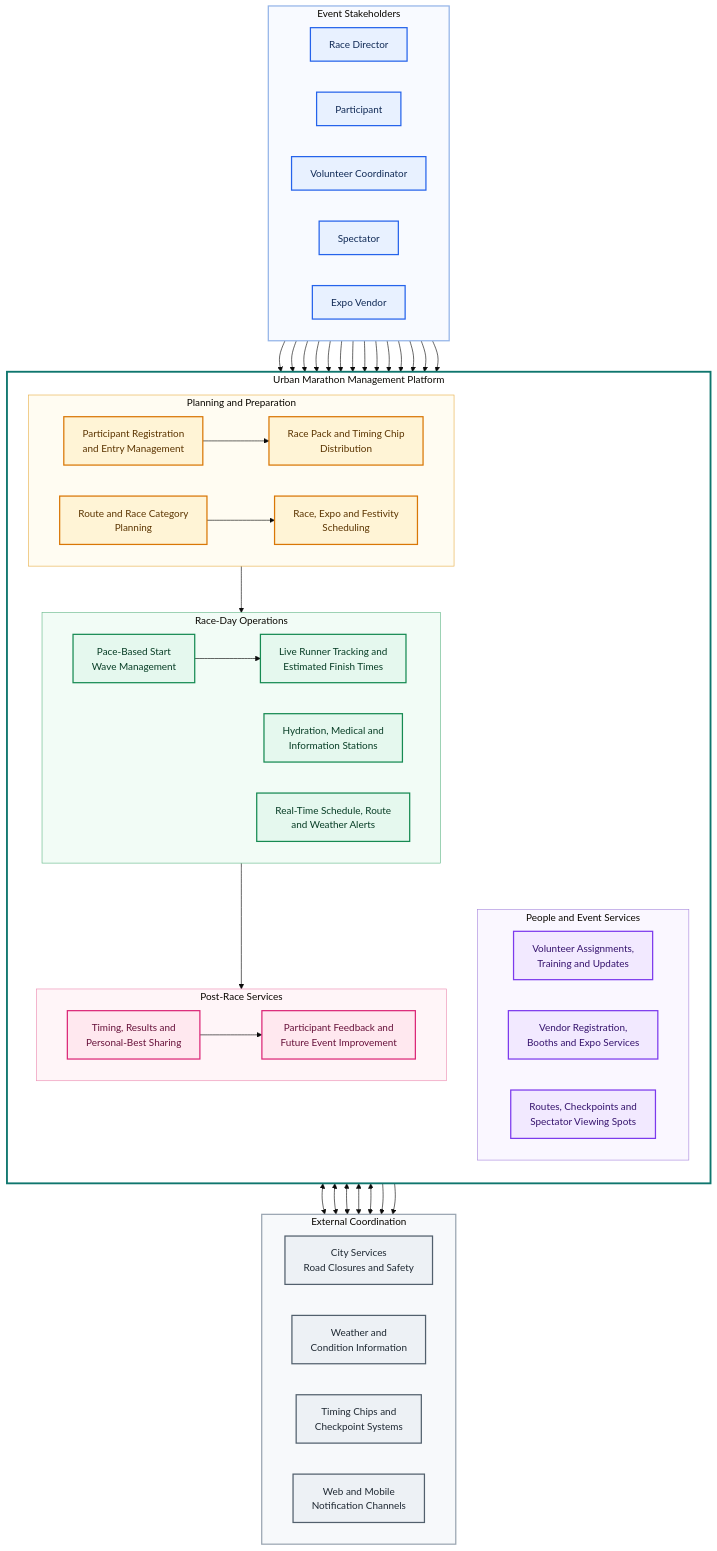
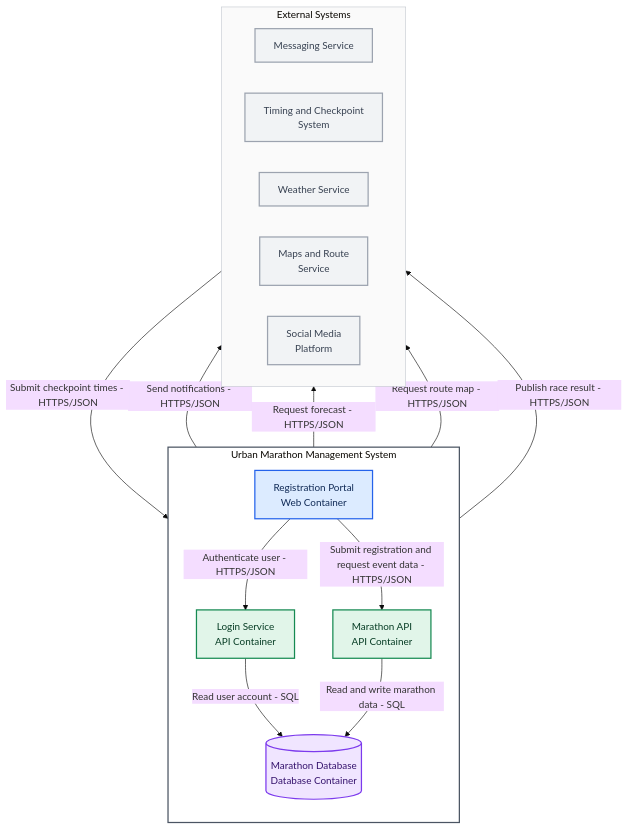
The second of 4 diagrams in Urban_Marathon_Mermaid_Diagram.md (Georges034302/Templates), drawn with Mermaid (base theme) before and after one commit. The commit also changed other lines of this file, not shown here.

````diff
--- a/Urban_Marathon_Mermaid_Diagram.md
+++ b/Urban_Marathon_Mermaid_Diagram.md
@@ -5,106 +49,44 @@
 ```mermaid
 flowchart TB
-    subgraph USERS["Event Stakeholders"]
-        direction LR
-        RD["Race Director"]
-        PA["Participant"]
-        VC["Volunteer Coordinator"]
-        SP["Spectator"]
-        VE["Expo Vendor"]
+    subgraph SYSTEM["Urban Marathon Management System"]
+        direction TB
+
+        Registration["Registration Portal<br/>Web Container"]
+        Login["Login Service<br/>API Container"]
+        MarathonAPI["Marathon API<br/>API Container"]
+        Database[("Marathon Database<br/>Database Container")]
+
+        Registration -->|"Authenticate user - HTTPS/JSON"| Login
+        Registration -->|"Submit registration and request event data - HTTPS/JSON"| MarathonAPI
+        Login -->|"Read user account - SQL"| Database
+        MarathonAPI -->|"Read and write marathon data - SQL"| Database
     end
 
-    subgraph PLATFORM["Urban Marathon Management Platform"]
-        direction TB
-
-        subgraph PRE["Planning and Preparation"]
-            direction LR
-            ROUTE["Route and Race Category<br/>Planning"]
-            REG["Participant Registration<br/>and Entry Management"]
-            SCHED["Race, Expo and Festivity<br/>Scheduling"]
-            PACK["Race Pack and Timing Chip<br/>Distribution"]
-        end
-
-        subgraph OPERATIONS["Race-Day Operations"]
-            direction LR
-            START["Pace-Based Start<br/>Wave Management"]
-            TRACK["Live Runner Tracking and<br/>Estimated Finish Times"]
-            STATION["Hydration, Medical and<br/>Information Stations"]
-            ALERT["Real-Time Schedule, Route<br/>and Weather Alerts"]
-        end
-
-        subgraph SUPPORT["People and Event Services"]
-            direction LR
-            VOL["Volunteer Assignments,<br/>Training and Updates"]
-            EXPO["Vendor Registration,<br/>Booths and Expo Services"]
-            VIEW["Routes, Checkpoints and<br/>Spectator Viewing Spots"]
-        end
-
-        subgraph POST["Post-Race Services"]
-            direction LR
-            RESULT["Timing, Results and<br/>Personal-Best Sharing"]
-            FEEDBACK["Participant Feedback and<br/>Future Event Improvement"]
-        end
+    subgraph EXTERNAL["External Systems"]
+        direction LR
+        Messaging["Messaging Service"]
+        Timing["Timing and Checkpoint<br/>System"]
+        Weather["Weather Service"]
+        Maps["Maps and Route<br/>Service"]
+        Social["Social Media<br/>Platform"]
     end
 
-    subgraph EXTERNAL["External Coordination"]
-        direction LR
-        CITY["City Services<br/>Road Closures and Safety"]
-        WEATHER["Weather and<br/>Condition Information"]
-        TIMING["Timing Chips and<br/>Checkpoint Systems"]
-        MOBILE["Web and Mobile<br/>Notification Channels"]
-    end
+    MarathonAPI -->|"Send notifications - HTTPS/JSON"| Messaging
+    Timing -->|"Submit checkpoint times - HTTPS/JSON"| MarathonAPI
+    MarathonAPI -->|"Request forecast - HTTPS/JSON"| Weather
+    MarathonAPI -->|"Request route map - HTTPS/JSON"| Maps
+    MarathonAPI -->|"Publish race result - HTTPS/JSON"| Social
 
-    RD --> ROUTE
-    RD --> SCHED
-    RD --> START
-    RD --> ALERT
+    classDef client fill:#DCEBFF,stroke:#2563EB,stroke-width:2px,color:#102A56;
+    classDef api fill:#E1F5E9,stroke:#168A52,stroke-width:2px,color:#073D25;
+    classDef database fill:#F0E5FF,stroke:#7C3AED,stroke-width:2px,color:#35136D;
+    classDef external fill:#F1F3F5,stroke:#9CA3AF,stroke-width:2px,color:#374151;
 
-    PA --> REG
-    PA --> PACK
-    PA --> TRACK
-    PA --> RESULT
-    PA --> FEEDBACK
+    class Registration client;
+    class Login,MarathonAPI api;
+    class Database database;
+    class Messaging,Timing,Weather,Maps,Social external;
 
-    VC --> VOL
-    VC --> STATION
-    SP --> VIEW
-    SP --> TRACK
-    VE --> EXPO
-
-    ROUTE <--> CITY
-    STATION <--> CITY
-    ALERT <--> WEATHER
-    PACK <--> TIMING
-    TRACK <--> TIMING
-    ALERT --> MOBILE
-    RESULT --> MOBILE
-
-    REG --> PACK
-    ROUTE --> SCHED
-    SCHED --> START
-    START --> TRACK
-    TRACK --> RESULT
-    RESULT --> FEEDBACK
-
-    classDef stakeholder fill:#E8F1FF,stroke:#2563EB,stroke-width:2px,color:#102A56;
-    classDef planning fill:#FFF4D6,stroke:#D97706,stroke-width:2px,color:#5B3400;
-    classDef operation fill:#E5F8EE,stroke:#168A52,stroke-width:2px,color:#073D25;
-    classDef support fill:#F2E9FF,stroke:#7C3AED,stroke-width:2px,color:#35136D;
-    classDef postrace fill:#FFE8EF,stroke:#DB2777,stroke-width:2px,color:#67113A;
-    classDef external fill:#EDF1F5,stroke:#52606D,stroke-width:2px,color:#1F2933;
-
-    class RD,PA,VC,SP,VE stakeholder;
-    class ROUTE,REG,SCHED,PACK planning;
-    class START,TRACK,STATION,ALERT operation;
-    class VOL,EXPO,VIEW support;
-    class RESULT,FEEDBACK postrace;
-    class CITY,WEATHER,TIMING,MOBILE external;
-
-    style USERS fill:#F8FAFF,stroke:#93B4E8,stroke-width:2px
-    style PLATFORM fill:#FFFFFF,stroke:#0F766E,stroke-width:3px
-    style PRE fill:#FFFCF2,stroke:#E8B04B,stroke-width:1px
-    style OPERATIONS fill:#F2FCF6,stroke:#65B98A,stroke-width:1px
-    style SUPPORT fill:#FAF7FF,stroke:#A98ADE,stroke-width:1px
-    style POST fill:#FFF5F8,stroke:#EC8EB3,stroke-width:1px
-    style EXTERNAL fill:#F7F9FB,stroke:#9AA5B1,stroke-width:2px
+    style SYSTEM fill:#FFFFFF,stroke:#4B5563,stroke-width:2px
+    style EXTERNAL fill:#FAFAFA,stroke:#C4C9D0,stroke-width:1px
 ```
````
